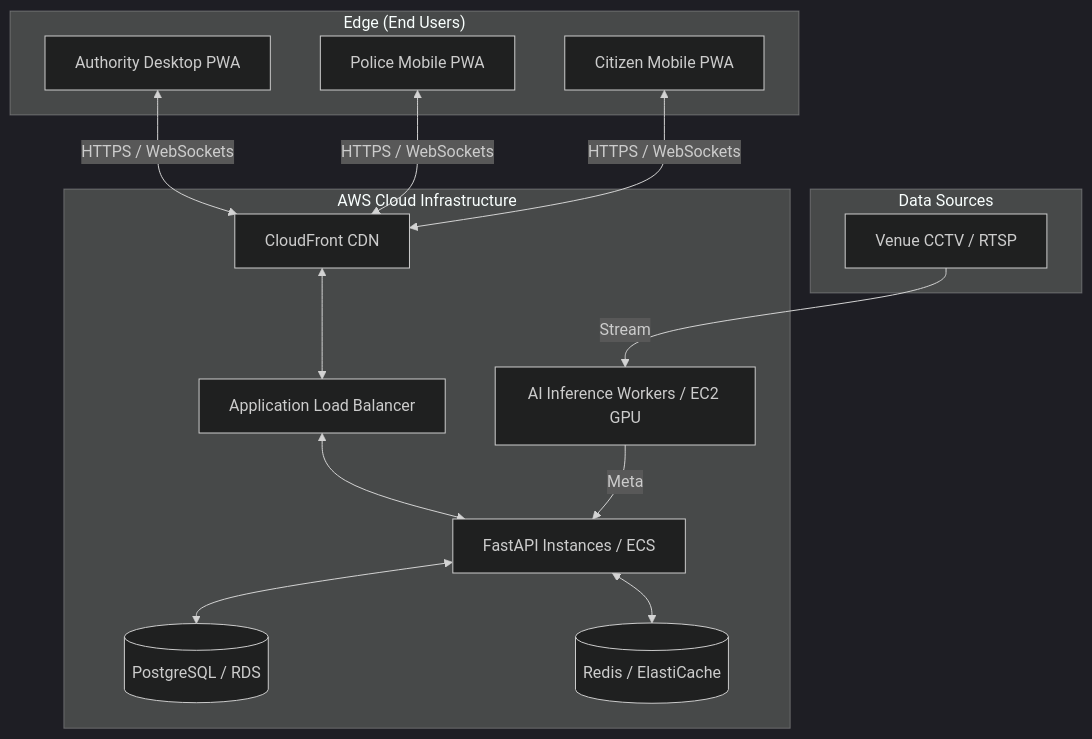
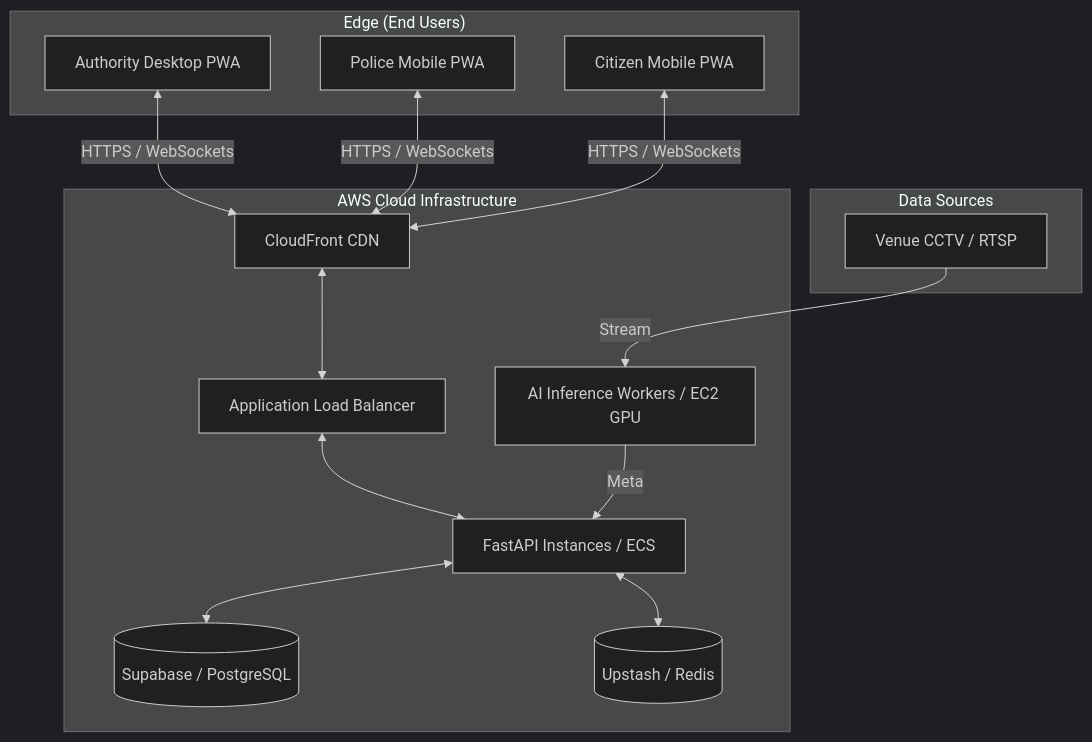
Before and after one commit to algorithnicmind/crowdcatchup: the diagram in docs/07_DEPLOYMENT_AND_OPS.md, drawn with Mermaid (dark theme). The commit also changed other lines of this file and 4 other files, not shown here.

First line of the commit message:
Update tech stack docs: Supabase, Upstash, Zustand, YOLOv8

````diff
--- a/docs/07_DEPLOYMENT_AND_OPS.md
+++ b/docs/07_DEPLOYMENT_AND_OPS.md
@@ -12,33 +12,33 @@
 ```mermaid
 graph TB
     subgraph EDGE_DEVICES["Edge (End Users)"]
         AUTH[Authority Desktop PWA]
         POL[Police Mobile PWA]
         CIT[Citizen Mobile PWA]
     end
 
     subgraph AWS_CLOUD["AWS Cloud Infrastructure"]
         CF[CloudFront CDN]
         ALB[Application Load Balancer]
         
         API[FastAPI Instances / ECS]
         AI[AI Inference Workers / EC2 GPU]
         
-        DB[(PostgreSQL / RDS)]
-        CACHE[(Redis / ElastiCache)]
+        DB[(Supabase / PostgreSQL)]
+        CACHE[(Upstash / Redis)]
     end
 
     subgraph INGESTION["Data Sources"]
         CCTV[Venue CCTV / RTSP]
     end
 
     AUTH & POL & CIT <-->|HTTPS / WebSockets| CF
     CF <--> ALB
     ALB <--> API
     
     CCTV -->|Stream| AI
     AI -->|Meta| API
     
     API <--> DB
     API <--> CACHE
 ```
````
